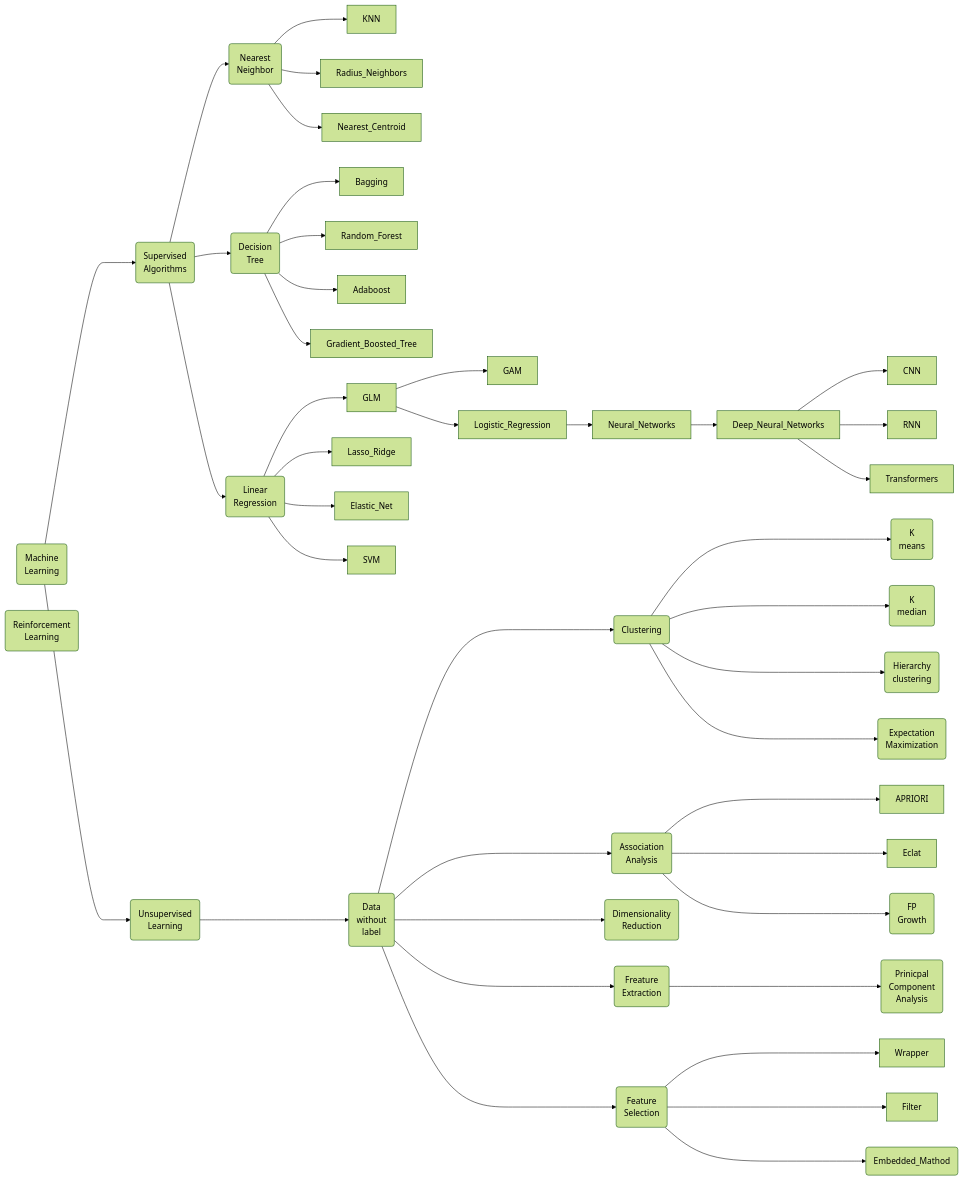
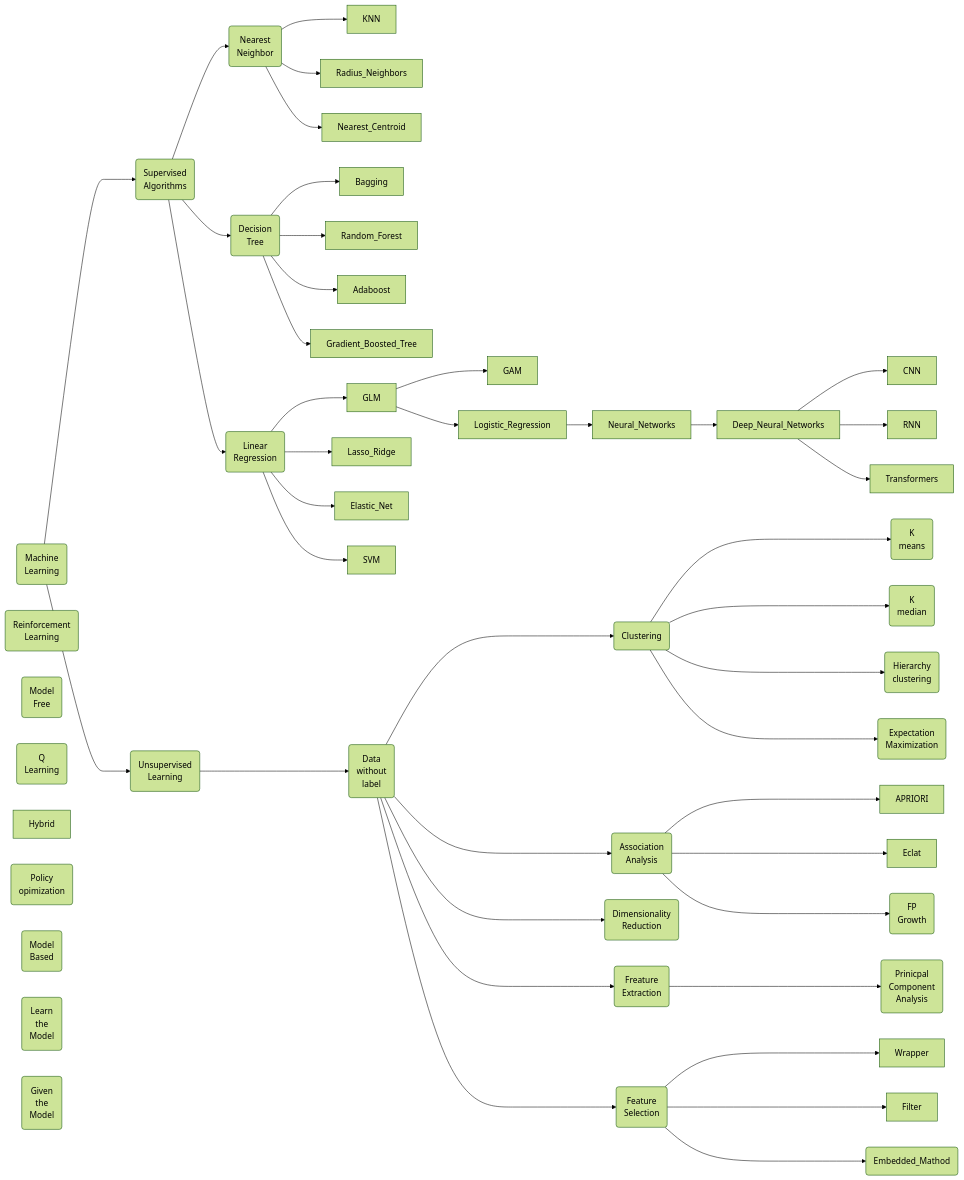
Before and after one commit to hwetsman/Public_Notes: the diagram in ML_Tree.md, drawn with Mermaid (forest theme).

Commit message:
Code: add reinforcement entities

`````diff
--- a/ML_Tree.md
+++ b/ML_Tree.md
@@ -1,73 +1,80 @@
 ````mermaid
 flowchart LR
   Machine_Learning(Machine<br>Learning)
   Supervised(Supervised<br>Algorithms)
     Supervised-->Nearest(Nearest<br>Neighbor)
       Machine_Learning--->Supervised
     Nearest --> KNN
     Nearest --> Radius_Neighbors
     Nearest --> Nearest_Centroid
     Supervised --> Decision(Decision<br>Tree)
     Decision --> Bagging
     Decision --> Random_Forest
     Decision --> Adaboost
     Decision --> Gradient_Boosted_Tree
     Supervised --> Linear(Linear<br>Regression)
     Linear --> GLM
     GLM --> GAM
     GLM --> Logistic_Regression
     Logistic_Regression --> Neural_Networks
     Neural_Networks --> Deep_Neural_Networks
     Deep_Neural_Networks --> CNN
     Deep_Neural_Networks --> RNN
     Deep_Neural_Networks --> Transformers
     Linear --> Lasso_Ridge
     Linear --> Elastic_Net
     Linear --> SVM
 
     Unsupervised(Unsupervised<br>Learning)
       Machine_Learning--->Unsupervised
         Data(Data<br>without<br>label)
         Unsupervised--->Data
 
         clustering(Clustering)
           Data--->clustering
           K_mean(K<br>means)
             clustering--->K_mean
           K_med(K<br>median)
             clustering--->K_med
           hierarchy(Hierarchy<br>clustering)
             clustering--->hierarchy
           Expectation(Expectation<br>Maximization)
             clustering--->Expectation
 
         Association(Association<br>Analysis)
           Data--->Association
           APRIORI
             Association--->APRIORI
           Eclat
             Association--->Eclat
           FP(FP<br>Growth)
             Association--->FP
 
         Dimension(Dimensionality<br>Reduction)
           Data--->Dimension
           Feature(Freature<br>Extraction)
             Data--->Feature
             PCA(Prinicpal<br>Component<br>Analysis)
               Feature--->PCA
           Selection(Feature<br>Selection)
             Data--->Selection
             Wrapper
               Selection--->Wrapper
             Filter
               Selection--->Filter
             Embedded(Embedded_Mathod)
               Selection--->Embedded
 
     Reinforcement(Reinforcement<br>Learning)
+      Model(Model<br>Free)
+        Q(Q<br>Learning)
+        Hybrid
+        Policy(Policy<br>opimization)
+      Based(Model<br>Based)
+        Learn(Learn<br>the<br>Model)
+        Given(Given<br>the<br>Model)
       
 
 
 
 ````
`````
